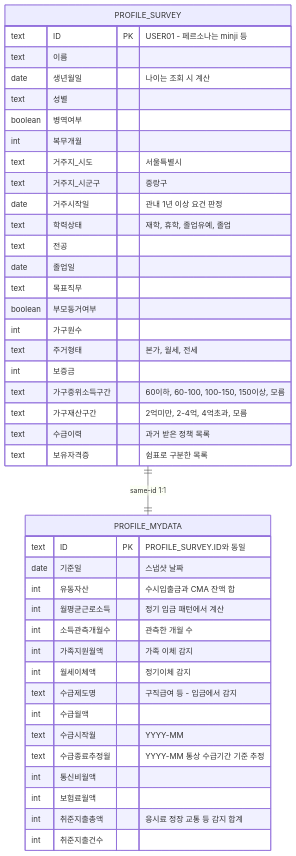
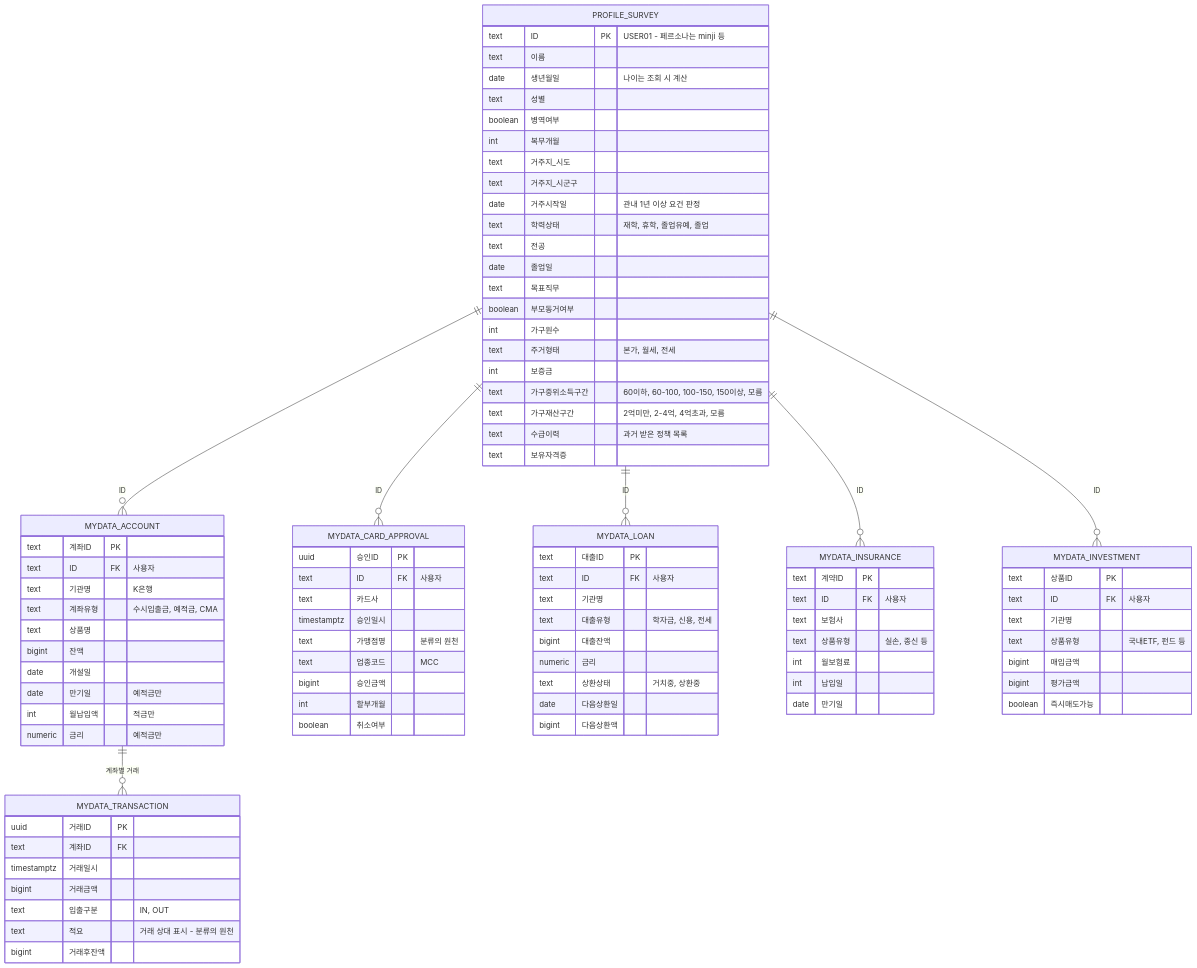
One commit to Tikkeulapp/tikkeul changed the diagram in docs/DB_스키마.md. Above: the diagram before and after it, drawn with Mermaid. The commit also changed other lines of this file and 1 other file, not shown here.

Commit message:
docs: ERD 재구성 — MYDATA 업권별 RAW 테이블군 + PROFILE_SURVEY, 도출값은 저장하지 않고 계산

````diff
--- a/docs/DB_스키마.md
+++ b/docs/DB_스키마.md
@@ -11,6 +12,11 @@
 ```mermaid
 erDiagram
-    PROFILE_SURVEY ||--|| PROFILE_MYDATA : "same-id 1:1"
+    PROFILE_SURVEY ||--o{ MYDATA_ACCOUNT : "ID"
+    PROFILE_SURVEY ||--o{ MYDATA_CARD_APPROVAL : "ID"
+    PROFILE_SURVEY ||--o{ MYDATA_LOAN : "ID"
+    PROFILE_SURVEY ||--o{ MYDATA_INSURANCE : "ID"
+    PROFILE_SURVEY ||--o{ MYDATA_INVESTMENT : "ID"
+    MYDATA_ACCOUNT ||--o{ MYDATA_TRANSACTION : "계좌별 거래"
 
     PROFILE_SURVEY {
         text ID PK "USER01 - 페르소나는 minji 등"
@@ -19,8 +25,8 @@
         text 성별
         boolean 병역여부
         int 복무개월
-        text 거주지_시도 "서울특별시"
-        text 거주지_시군구 "중랑구"
+        text 거주지_시도
+        text 거주지_시군구
         date 거주시작일 "관내 1년 이상 요건 판정"
         text 학력상태 "재학, 휴학, 졸업유예, 졸업"
         text 전공
@@ -33,24 +39,73 @@
         text 가구중위소득구간 "60이하, 60-100, 100-150, 150이상, 모름"
         text 가구재산구간 "2억미만, 2-4억, 4억초과, 모름"
         text 수급이력 "과거 받은 정책 목록"
-        text 보유자격증 "쉼표로 구분한 목록"
+        text 보유자격증
     }
 
-    PROFILE_MYDATA {
-        text ID PK "PROFILE_SURVEY.ID와 동일"
-        date 기준일 "스냅샷 날짜"
-        int 유동자산 "수시입출금과 CMA 잔액 합"
-        int 월평균근로소득 "정기 입금 패턴에서 계산"
-        int 소득관측개월수 "관측한 개월 수"
-        int 가족지원월액 "가족 이체 감지"
-        int 월세이체액 "정기이체 감지"
-        text 수급제도명 "구직급여 등 - 입금에서 감지"
-        int 수급월액
-        text 수급시작월 "YYYY-MM"
-        text 수급종료추정월 "YYYY-MM 통상 수급기간 기준 추정"
-        int 통신비월액
-        int 보험료월액
-        int 취준지출총액 "응시료 정장 교통 등 감지 합계"
-        int 취준지출건수
+    MYDATA_ACCOUNT {
+        text 계좌ID PK
+        text ID FK "사용자"
+        text 기관명 "K은행"
+        text 계좌유형 "수시입출금, 예적금, CMA"
+        text 상품명
+        bigint 잔액
+        date 개설일
+        date 만기일 "예적금만"
+        int 월납입액 "적금만"
+        numeric 금리 "예적금만"
+    }
+
+    MYDATA_TRANSACTION {
+        uuid 거래ID PK
+        text 계좌ID FK
+        timestamptz 거래일시
+        bigint 거래금액
+        text 입출구분 "IN, OUT"
+        text 적요 "거래 상대 표시 - 분류의 원천"
+        bigint 거래후잔액
+    }
+
+    MYDATA_CARD_APPROVAL {
+        uuid 승인ID PK
+        text ID FK "사용자"
+        text 카드사
+        timestamptz 승인일시
+        text 가맹점명 "분류의 원천"
+        text 업종코드 "MCC"
+        bigint 승인금액
+        int 할부개월
+        boolean 취소여부
+    }
+
+    MYDATA_LOAN {
+        text 대출ID PK
+        text ID FK "사용자"
+        text 기관명
+        text 대출유형 "학자금, 신용, 전세"
+        bigint 대출잔액
+        numeric 금리
+        text 상환상태 "거치중, 상환중"
+        date 다음상환일
+        bigint 다음상환액
+    }
+
+    MYDATA_INSURANCE {
+        text 계약ID PK
+        text ID FK "사용자"
+        text 보험사
+        text 상품유형 "실손, 종신 등"
+        int 월보험료
+        int 납입일
+        date 만기일
+    }
+
+    MYDATA_INVESTMENT {
+        text 상품ID PK
+        text ID FK "사용자"
+        text 기관명
+        text 상품유형 "국내ETF, 펀드 등"
+        bigint 매입금액
+        bigint 평가금액
+        boolean 즉시매도가능
     }
 ```
````
